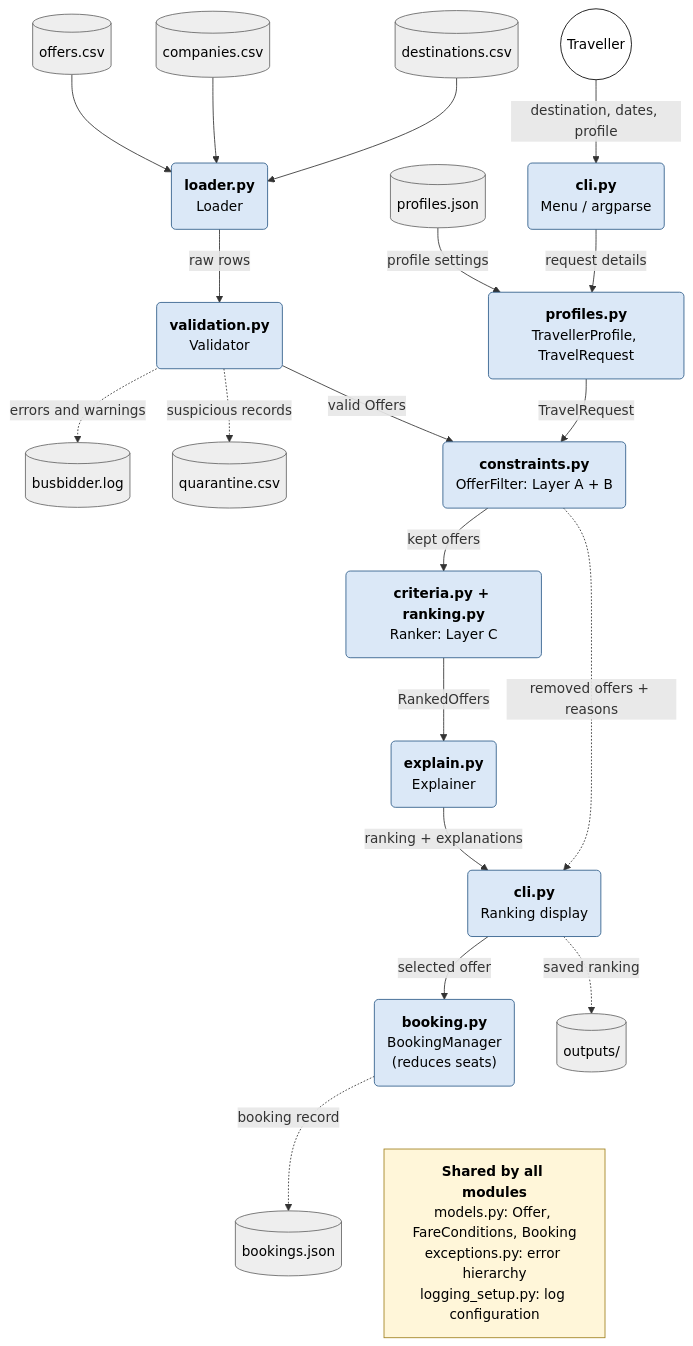
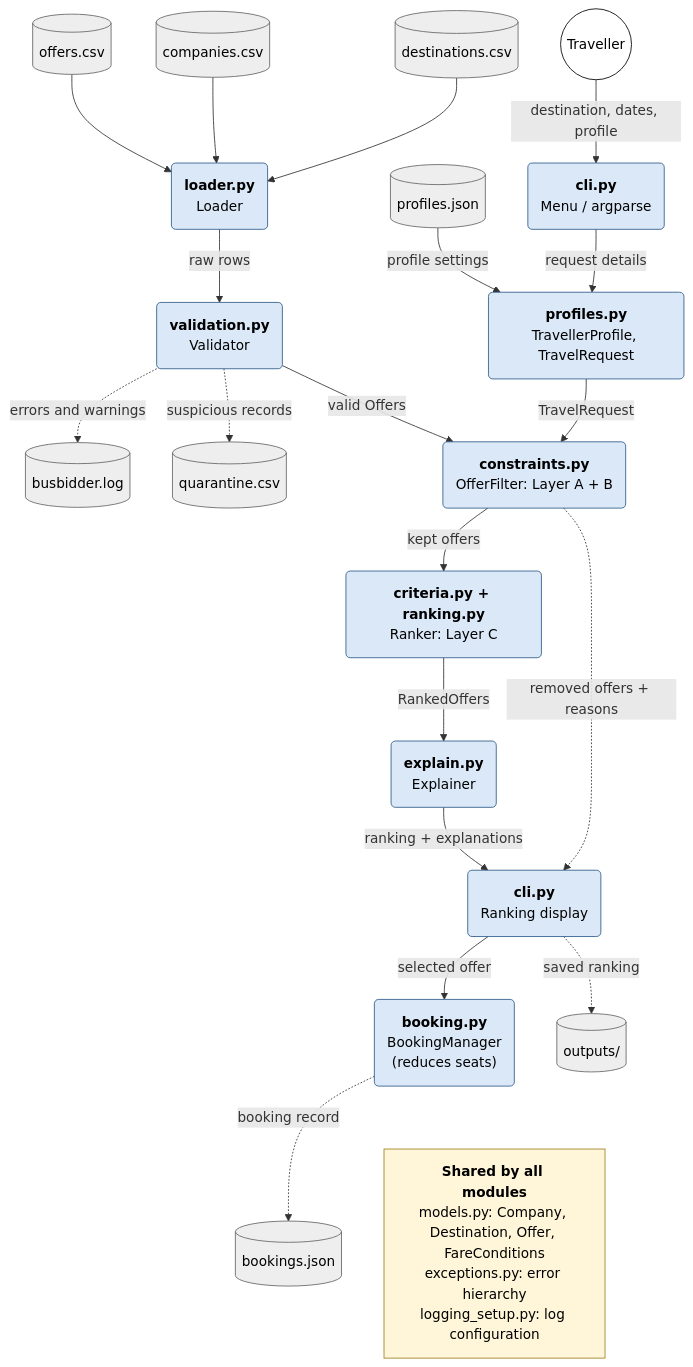
Before and after one commit to AndreStaalesen/busbidder-spain: the diagram in docs/diagrams/architecture.md, drawn with Mermaid. The commit also changed 3 other files, not shown here.

Commit message:
simulated booking with persistent booking + test, updated architechture diagram

````diff
--- a/docs/diagrams/architecture.md
+++ b/docs/diagrams/architecture.md
@@ -1,55 +1,55 @@
 ```mermaid
 flowchart TB
     user((Traveller))
     cliIn("<b>cli.py</b><br/>Menu / argparse")
     profilesjson[(profiles.json)]
     offers[(offers.csv)]
     companies[(companies.csv)]
     destinations[(destinations.csv)]
 
     profiles("<b>profiles.py</b><br/>TravellerProfile, TravelRequest")
     loader("<b>loader.py</b><br/>Loader")
     validator("<b>validation.py</b><br/>Validator")
     log[(busbidder.log)]
     quarantine[(quarantine.csv)]
 
     filter("<b>constraints.py</b><br/>OfferFilter: Layer A + B")
     ranker("<b>criteria.py + ranking.py</b><br/>Ranker: Layer C")
     explainer("<b>explain.py</b><br/>Explainer")
 
     cliOut("<b>cli.py</b><br/>Ranking display")
     booking("<b>booking.py</b><br/>BookingManager<br/>(reduces seats)")
     bookings[(bookings.json)]
     outputs[(outputs/)]
 
     user -- destination, dates, profile --> cliIn
     cliIn -- request details --> profiles
     profilesjson -- profile settings --> profiles
     offers --> loader
     companies --> loader
     destinations --> loader
     loader -- raw rows --> validator
     validator -. errors and warnings .-> log
     validator -. suspicious records .-> quarantine
     profiles -- TravelRequest --> filter
     validator -- valid Offers --> filter
     filter -- kept offers --> ranker
     ranker -- RankedOffers --> explainer
     filter -. removed offers + reasons .-> cliOut
     explainer -- ranking + explanations --> cliOut
     cliOut -- selected offer --> booking
     booking -. booking record .-> bookings
     cliOut -. saved ranking .-> outputs
 
-    SHARED["<b>Shared by all modules</b><br/>models.py: Offer, FareConditions, Booking<br/>exceptions.py: error hierarchy<br/>logging_setup.py: log configuration"]
+    SHARED["<b>Shared by all modules</b><br/>models.py: Company, Destination, Offer, FareConditions<br/>exceptions.py: error hierarchy<br/>logging_setup.py: log configuration"]
     booking ~~~ SHARED
 
     classDef file fill:#eeeeee,stroke:#666666,color:#000000
     classDef module fill:#dbe8f7,stroke:#2f5d8a,color:#000000
     classDef person fill:#ffffff,stroke:#000000,color:#000000
     classDef shared fill:#fff6d9,stroke:#a08020,color:#000000
     class offers,companies,destinations,profilesjson,log,quarantine,bookings,outputs file
     class cliIn,cliOut,loader,validator,profiles,filter,ranker,explainer,booking module
     class user person
     class SHARED shared
 ```
````
